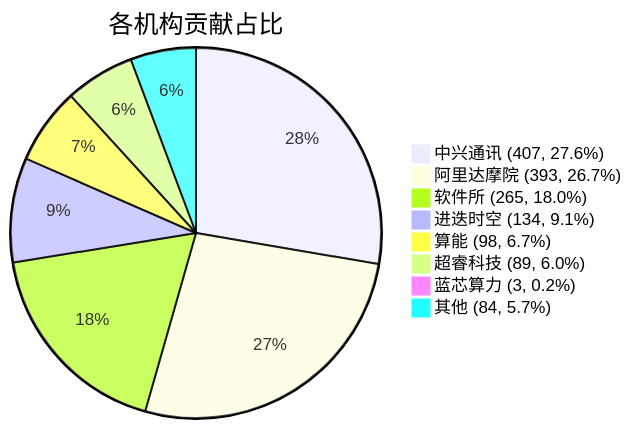
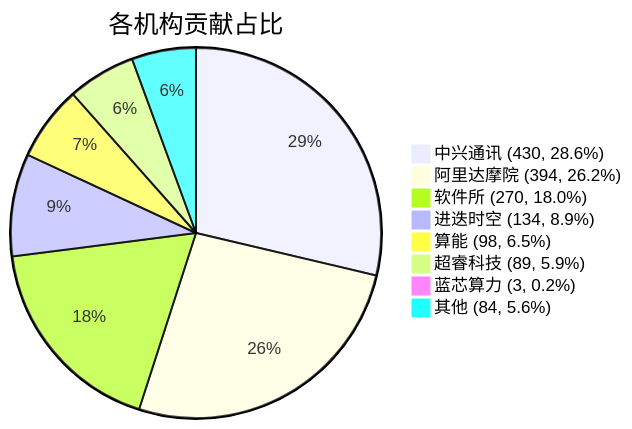
Before and after one commit to RVCK-Project/rvck: the diagram in docs/index.md, drawn with Mermaid. The commit also changed other lines of this file and 23 other files, not shown here.

````diff
--- a/docs/index.md
+++ b/docs/index.md
@@ -40,11 +40,11 @@
 ```mermaid
 pie title 各机构贡献占比
-    "中兴通讯 (407, 27.6%)" : 407
-    "阿里达摩院 (393, 26.7%)" : 393
-    "软件所 (265, 18.0%)" : 265
-    "进迭时空 (134, 9.1%)" : 134
-    "算能 (98, 6.7%)" : 98
-    "超睿科技 (89, 6.0%)" : 89
+    "中兴通讯 (430, 28.6%)" : 430
+    "阿里达摩院 (394, 26.2%)" : 394
+    "软件所 (270, 18.0%)" : 270
+    "进迭时空 (134, 8.9%)" : 134
+    "算能 (98, 6.5%)" : 98
+    "超睿科技 (89, 5.9%)" : 89
     "蓝芯算力 (3, 0.2%)" : 3
-    "其他 (84, 5.7%)" : 84
+    "其他 (84, 5.6%)" : 84
 ```
````
